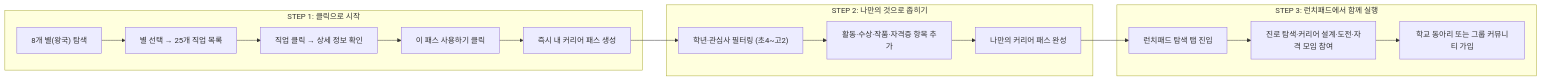
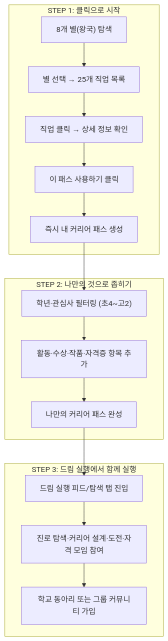
The second of 6 diagrams in INVESTMENT_PROPOSAL.md (Collegenie-X/AI-career-path), drawn with Mermaid before and after one commit. The commit also changed other lines of this file and 3 other files, not shown here.

````diff
--- a/INVESTMENT_PROPOSAL.md
+++ b/INVESTMENT_PROPOSAL.md
@@ -140,19 +140,19 @@
 ```mermaid
-graph LR
+graph TD
     subgraph "STEP 1: 클릭으로 시작"
         A["8개 별(왕국) 탐색"] --> B["별 선택 → 25개 직업 목록"]
         B --> C["직업 클릭 → 상세 정보 확인"]
         C --> D["이 패스 사용하기 클릭"]
         D --> E["즉시 내 커리어 패스 생성"]
     end
     subgraph "STEP 2: 나만의 것으로 좁히기"
         E --> F["학년·관심사 필터링 (초4~고2)"]
         F --> G["활동·수상·작품·자격증 항목 추가"]
         G --> H["나만의 커리어 패스 완성"]
     end
-    subgraph "STEP 3: 런치패드에서 함께 실행"
-        H --> I["런치패드 탐색 탭 진입"]
+    subgraph "STEP 3: 드림 실행에서 함께 실행"
+        H --> I["드림 실행 피드/탐색 탭 진입"]
         I --> J["진로 탐색·커리어 설계·도전·자격 모임 참여"]
         J --> K["학교 동아리 또는 그룹 커뮤니티 가입"]
     end
 ```
````
